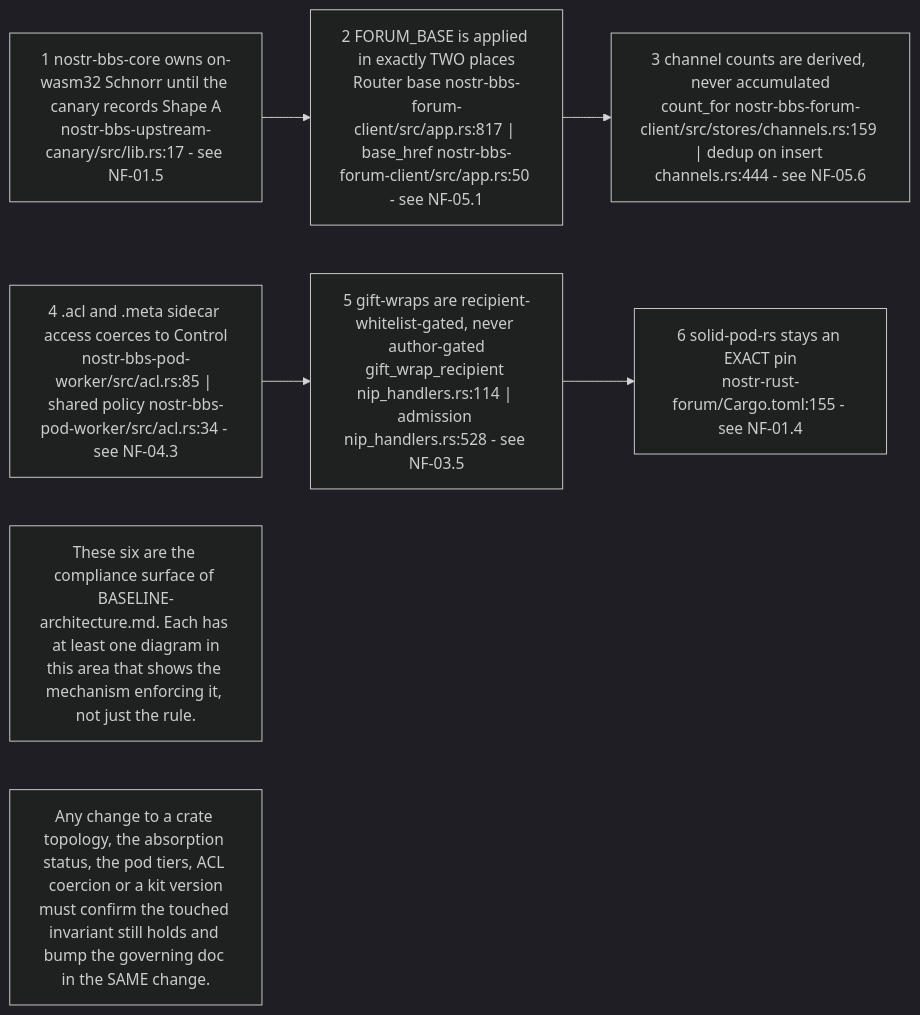
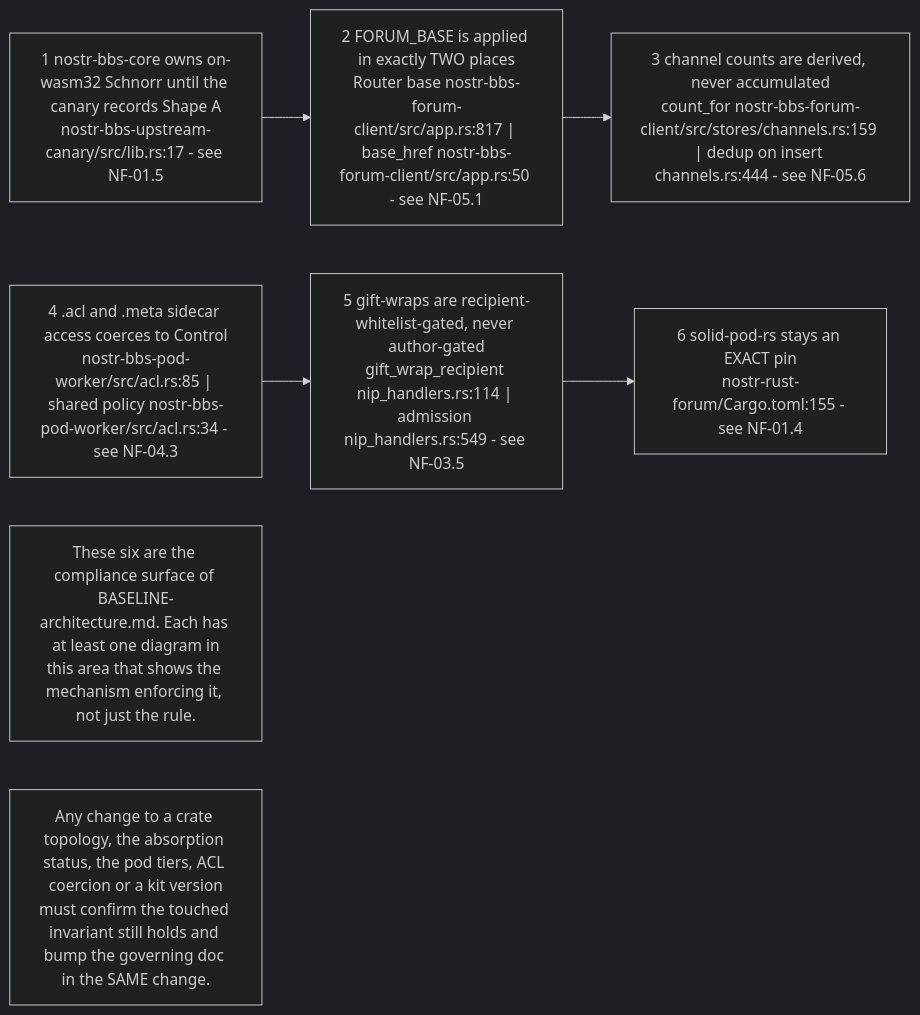
One commit to DreamLab-AI/VisionFlow changed the first of 10 diagrams in docs/diagrams/nostr-rust-forum/10-invariants-and-anomaly-register.md. Above: the diagram before and after it, drawn with Mermaid (dark theme). The commit also changed other lines of this file and 52 other files, not shown here.

First line of the commit message:
docs(diagrams): wave 3 checkpoint — bare line refs resolved, revision-pinned cite-check, VC-05/AB-01..13 re-attested

````diff
--- a/docs/diagrams/nostr-rust-forum/10-invariants-and-anomaly-register.md
+++ b/docs/diagrams/nostr-rust-forum/10-invariants-and-anomaly-register.md
@@ -53,15 +53,15 @@
 ```mermaid
 flowchart LR
     I1["1 nostr-bbs-core owns on-wasm32 Schnorr until the canary records Shape A<br/>nostr-bbs-upstream-canary/src/lib.rs:17 - see NF-01.5"]
     I2["2 FORUM_BASE is applied in exactly TWO places<br/>Router base nostr-bbs-forum-client/src/app.rs:817 | base_href nostr-bbs-forum-client/src/app.rs:50 - see NF-05.1"]
     I3["3 channel counts are derived, never accumulated<br/>count_for nostr-bbs-forum-client/src/stores/channels.rs:159 | dedup on insert channels.rs:444 - see NF-05.6"]
     I4["4 .acl and .meta sidecar access coerces to Control<br/>nostr-bbs-pod-worker/src/acl.rs:85 | shared policy nostr-bbs-pod-worker/src/acl.rs:34 - see NF-04.3"]
-    I5["5 gift-wraps are recipient-whitelist-gated, never author-gated<br/>gift_wrap_recipient nip_handlers.rs:114 | admission nip_handlers.rs:528 - see NF-03.5"]
+    I5["5 gift-wraps are recipient-whitelist-gated, never author-gated<br/>gift_wrap_recipient nip_handlers.rs:114 | admission nip_handlers.rs:549 - see NF-03.5"]
     I6["6 solid-pod-rs stays an EXACT pin<br/>nostr-rust-forum/Cargo.toml:155 - see NF-01.4"]
 
     I1 --> I2 --> I3
     I4 --> I5 --> I6
 
     N1["These six are the compliance surface of BASELINE-architecture.md. Each has at least one diagram in<br/>this area that shows the mechanism enforcing it, not just the rule."]
     N2["Any change to a crate topology, the absorption status, the pod tiers, ACL coercion or a kit version<br/>must confirm the touched invariant still holds and bump the governing doc in the SAME change."]
 ```
````
